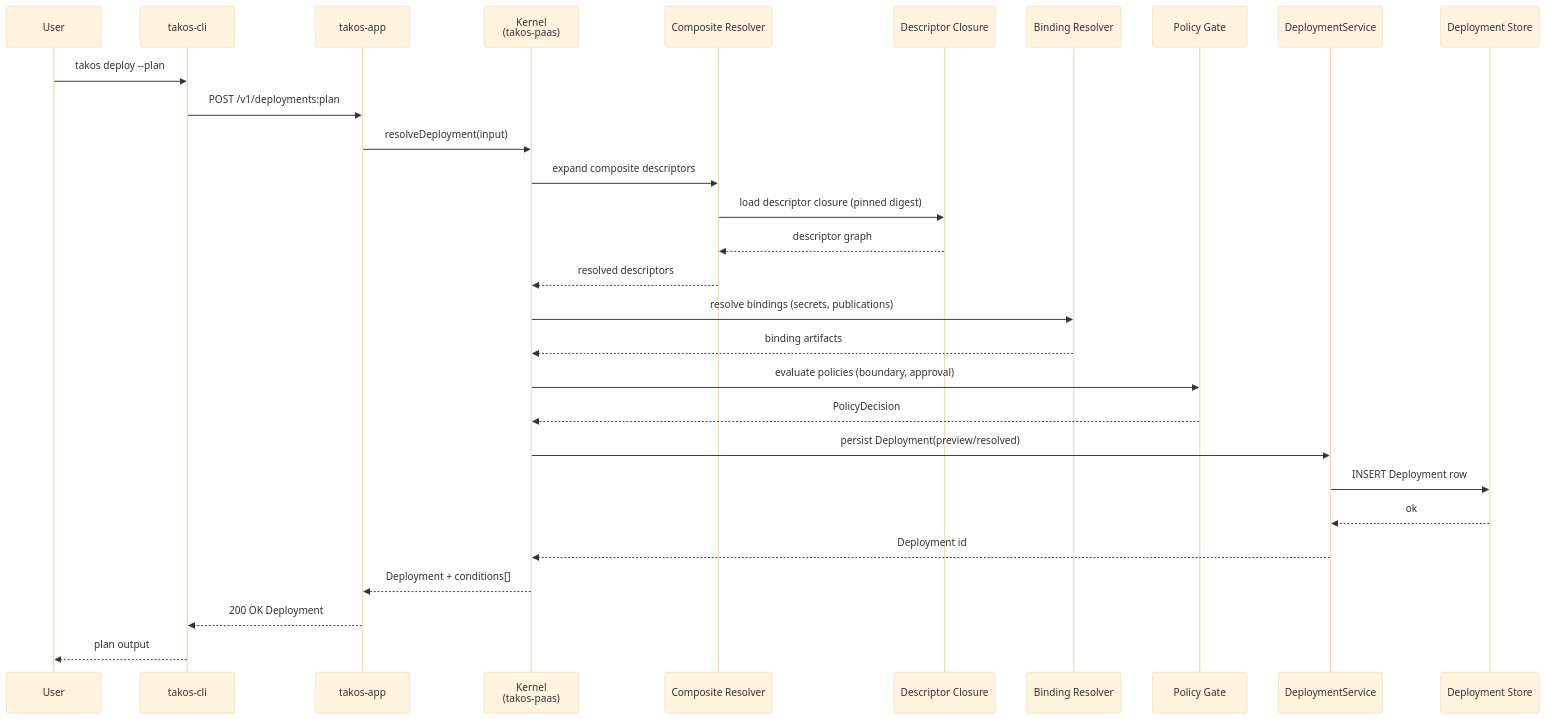
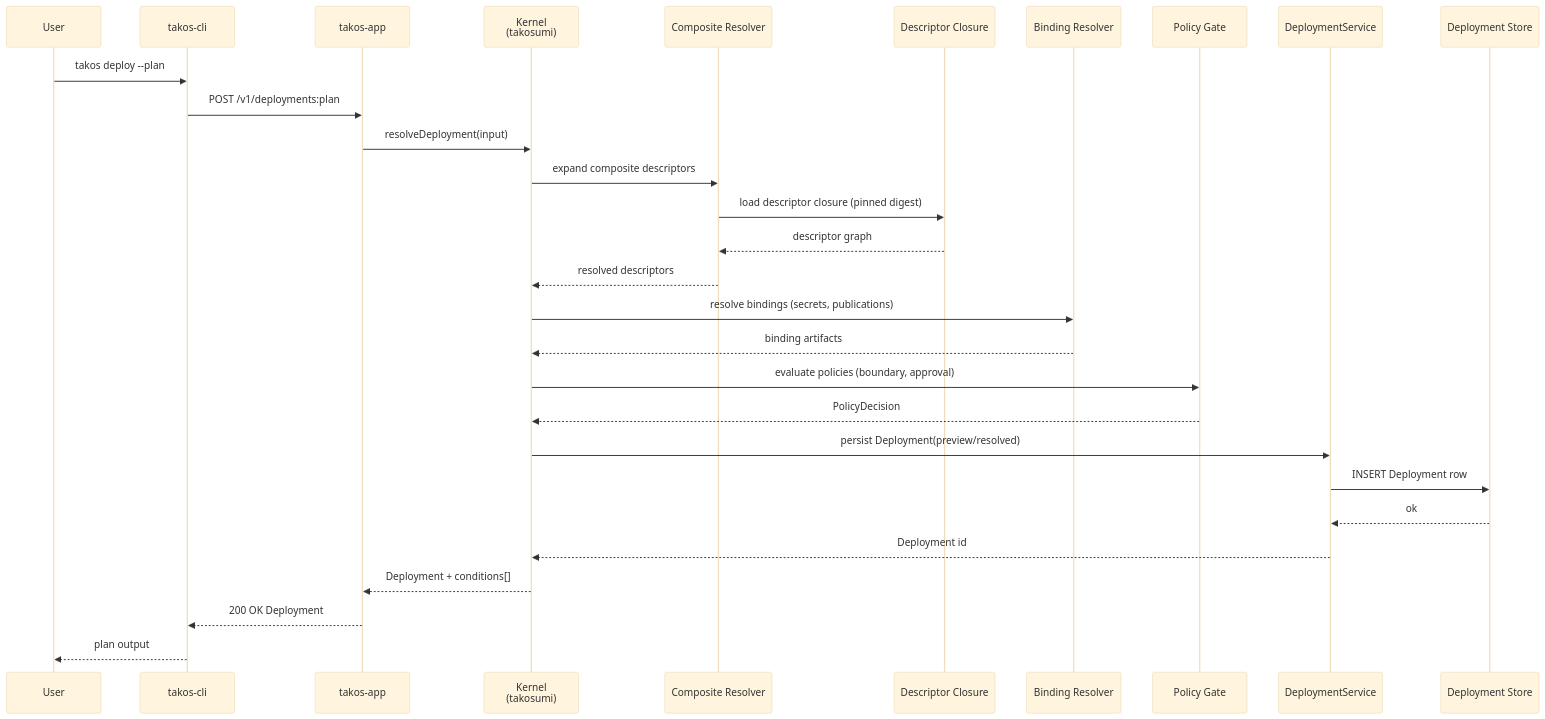
Before and after one commit to tako0614/takos: the second of 4 diagrams in docs/architecture/diagrams.md, drawn with Mermaid (base theme). The commit also changed other lines of this file and 50 other files, not shown here.

````diff
--- a/docs/architecture/diagrams.md
+++ b/docs/architecture/diagrams.md
@@ -70,32 +70,32 @@
 ```mermaid
 sequenceDiagram
   participant User
   participant CLI as takos-cli
   participant App as takos-app
-  participant K as Kernel<br/>(takos-paas)
+  participant K as Kernel<br/>(takosumi)
   participant CR as Composite Resolver
   participant DC as Descriptor Closure
   participant BR as Binding Resolver
   participant PG as Policy Gate
   participant DS as DeploymentService
   participant DB as Deployment Store
 
   User->>CLI: takos deploy --plan
   CLI->>App: POST /v1/deployments:plan
   App->>K: resolveDeployment(input)
   K->>CR: expand composite descriptors
   CR->>DC: load descriptor closure (pinned digest)
   DC-->>CR: descriptor graph
   CR-->>K: resolved descriptors
   K->>BR: resolve bindings (secrets, publications)
   BR-->>K: binding artifacts
   K->>PG: evaluate policies (boundary, approval)
   PG-->>K: PolicyDecision
   K->>DS: persist Deployment(preview/resolved)
   DS->>DB: INSERT Deployment row
   DB-->>DS: ok
   DS-->>K: Deployment id
   K-->>App: Deployment + conditions[]
   App-->>CLI: 200 OK Deployment
   CLI-->>User: plan output
 ```
````
